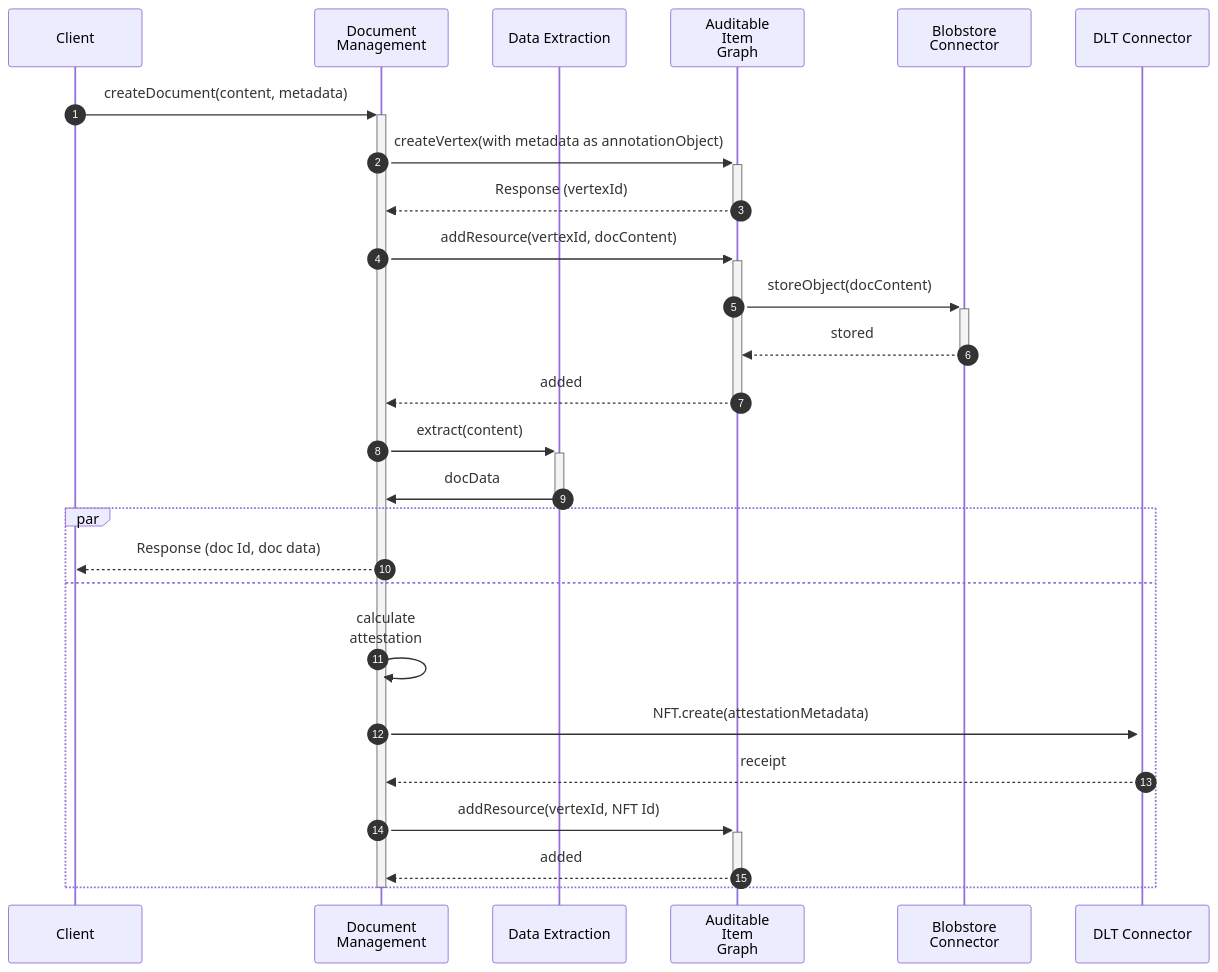
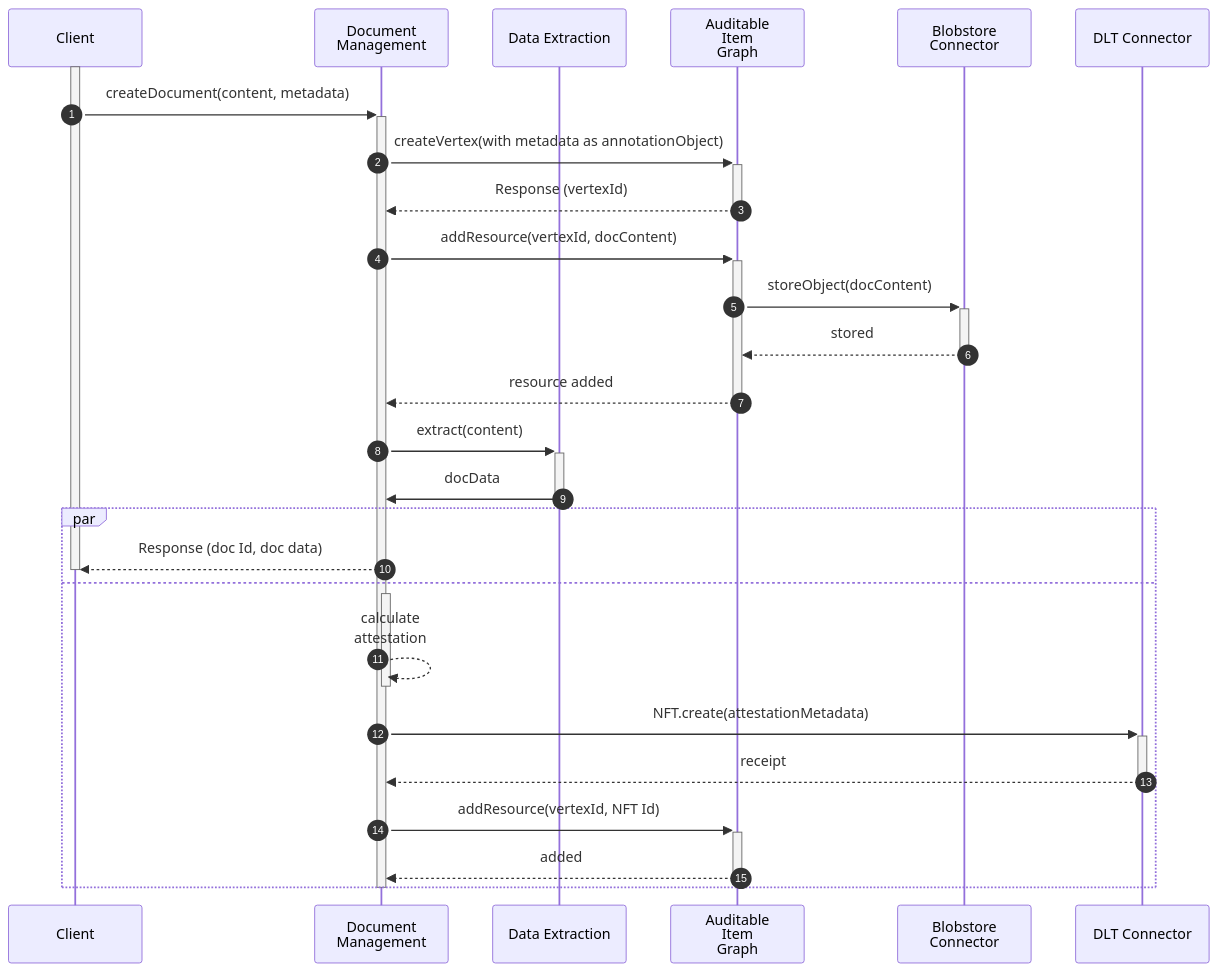
One commit to jmcanterafonseca-iota/twin-paper-diagrams changed the diagram in document-management.mermaid. Above: the diagram before and after it, drawn with Mermaid.

```diff
--- a/document-management.mermaid
+++ b/document-management.mermaid
@@ -1,42 +1,46 @@
 ---
 config:
   theme: default
 ---
 sequenceDiagram
     %% Define participants with aliases for cleaner labels
     participant C as Client
     participant DM as Document<br>Management
     participant DataExt as Data Extraction
     participant AIG as Auditable<br>Item<br>Graph
     participant BS as Blobstore<br>Connector
     participant DLT as DLT Connector
     autonumber
 
+    activate C
     %% Step 1: Client initiates
     C->>+DM: createDocument(content, metadata)
     DM->>+AIG: createVertex(with metadata as annotationObject)
     AIG-->>DM: Response (vertexId)
     deactivate AIG
     DM->>+AIG: addResource(vertexId, docContent)
     AIG->>+BS: storeObject(docContent)
     BS-->>AIG: stored
     deactivate BS
-    AIG-->>DM: added
+    AIG-->>DM: resource added
     deactivate AIG
     DM->>+DataExt: extract(content)
     DataExt->>DM: docData
     deactivate DataExt
 
     par
         DM-->>C: Response (doc Id, doc data)
+        deactivate C
     and
-        DM->>DM: calculate<br>attestation
+        activate DM
+        DM-->>-DM: calculate<br>attestation
         DM->>+DLT: NFT.create(attestationMetadata)
         DLT-->>DM: receipt
+        deactivate DLT
         DM->>+AIG: addResource(vertexId, NFT Id)
         AIG-->>DM: added 
         deactivate AIG
     end
     %% PARALLEL TASKS END HERE
     %% Manually deactivate AIG after all parallel tasks finish
     deactivate DM
```
